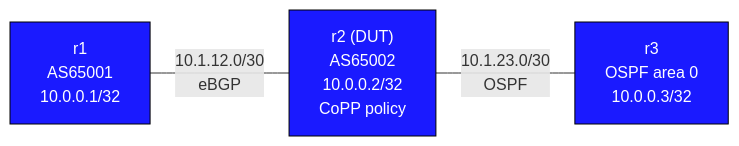
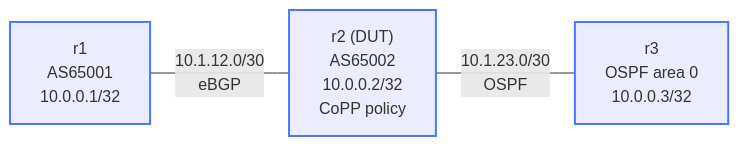
The diagram in labs/copp-basics/README.md (jschless/networkingLabs), drawn with Mermaid before and after one commit. The commit also changed 250 other files, not shown here.

Commit message:
Fix unreadable topology diagrams, convert ASCII art, publish assessments (#57)

````diff
--- a/labs/copp-basics/README.md
+++ b/labs/copp-basics/README.md
@@ -16,13 +16,13 @@
 ```mermaid
 flowchart LR
-    r1["r1\nAS65001\n10.0.0.1/32"]
-    r2["r2 (DUT)\nAS65002\n10.0.0.2/32\nCoPP policy"]
-    r3["r3\nOSPF area 0\n10.0.0.3/32"]
+    r1["r1<br/>AS65001<br/>10.0.0.1/32"]
+    r2["r2 (DUT)<br/>AS65002<br/>10.0.0.2/32<br/>CoPP policy"]
+    r3["r3<br/>OSPF area 0<br/>10.0.0.3/32"]
 
-    r1 -- "10.1.12.0/30\neBGP" --- r2
-    r2 -- "10.1.23.0/30\nOSPF" --- r3
+    r1 -- "10.1.12.0/30<br/>eBGP" --- r2
+    r2 -- "10.1.23.0/30<br/>OSPF" --- r3
 
-    classDef router fill:#1a1aff,color:#fff,stroke:#000
+    classDef router stroke:#4778ff,stroke-width:2px
 
     class r1,r2,r3 router
 ```
````
